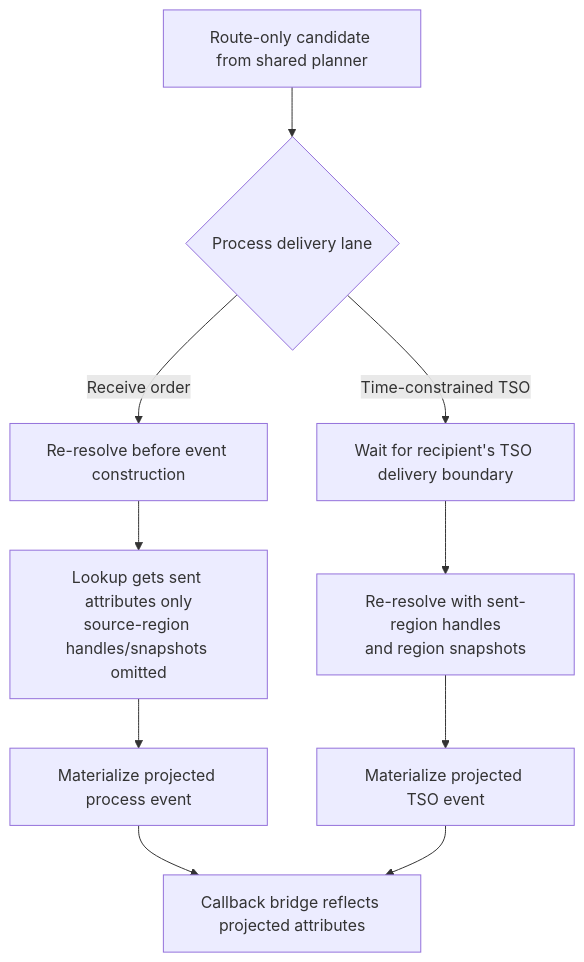
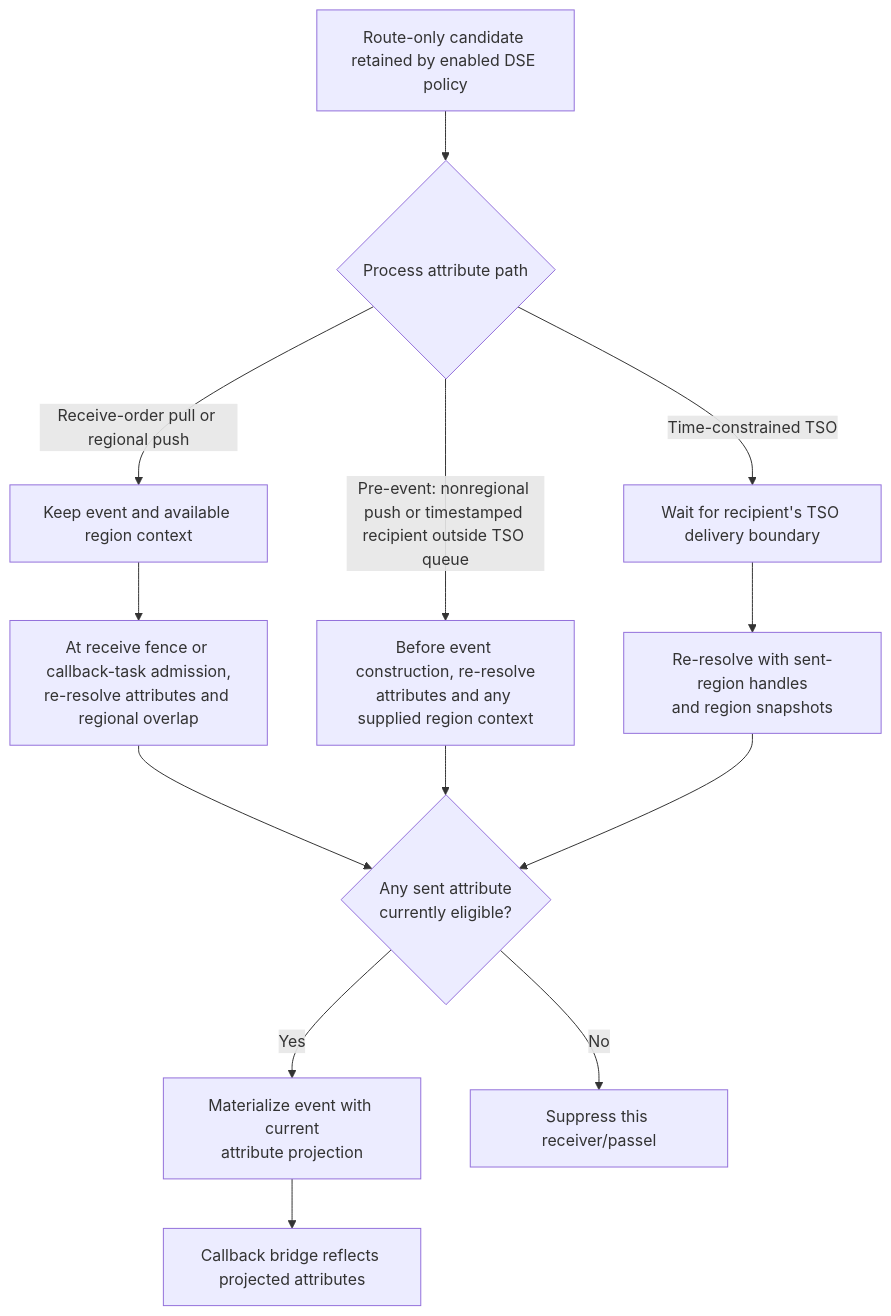
Before and after one commit to sheepfling/umbra: the third of 4 diagrams in docs/design/HLA-2025-DELAY-SUBSCRIPTION-EVALUATION-FLOW-GUIDE.md, drawn with Mermaid. The commit also changed other lines of this file and 668 other files, not shown here.

````diff
--- a/docs/design/HLA-2025-DELAY-SUBSCRIPTION-EVALUATION-FLOW-GUIDE.md
+++ b/docs/design/HLA-2025-DELAY-SUBSCRIPTION-EVALUATION-FLOW-GUIDE.md
@@ -150,12 +194,16 @@
 ```mermaid
 flowchart TD
-  Candidate["Route-only candidate from shared planner"] --> Lane{"Process delivery lane"}
-  Lane -->|Receive order| RO["Re-resolve before event construction"]
-  RO --> ROContext["Lookup gets sent attributes only<br/>source-region handles/snapshots omitted"]
-  ROContext --> ROEvent["Materialize projected process event"]
+  Candidate["Route-only candidate retained by enabled DSE policy"] --> Lane{"Process attribute path"}
+  Lane -->|Receive-order pull or regional push| Deferred["Keep event and available region context"]
+  Deferred --> Receive["At receive fence or callback-task admission,<br/>re-resolve attributes and regional overlap"]
+  Lane -->|Pre-event: nonregional push or timestamped recipient outside TSO queue| PreEvent["Before event construction, re-resolve<br/>attributes and any supplied region context"]
   Lane -->|Time-constrained TSO| Queue["Wait for recipient's TSO delivery boundary"]
   Queue --> TSO["Re-resolve with sent-region handles<br/>and region snapshots"]
-  TSO --> TSOEvent["Materialize projected TSO event"]
-  ROEvent --> Bridge["Callback bridge reflects projected attributes"]
-  TSOEvent --> Bridge
+  Receive --> Projection{"Any sent attribute<br/>currently eligible?"}
+  PreEvent --> Projection
+  TSO --> Projection
+  Projection -->|Yes| Event["Materialize event with current<br/>attribute projection"]
+  Projection -->|No| Suppress["Suppress this receiver/passel"]
+  Event --> Bridge
+  Bridge["Callback bridge reflects projected attributes"]
 ```
````
